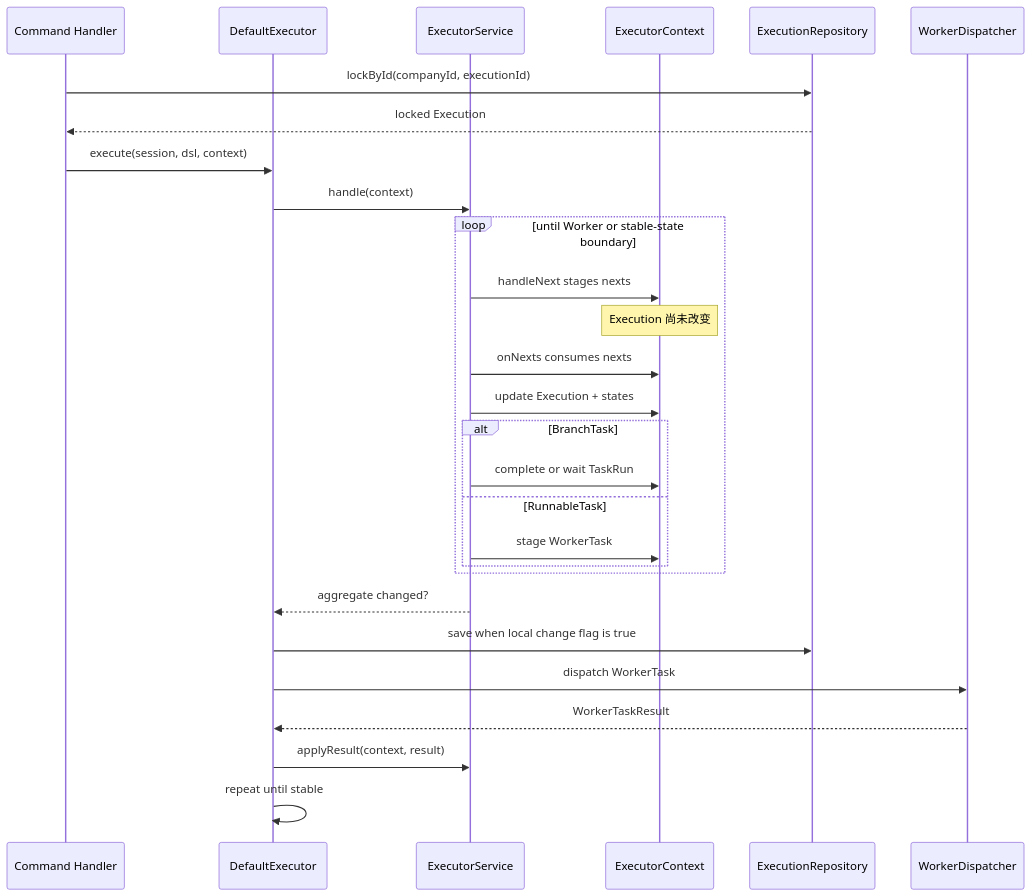
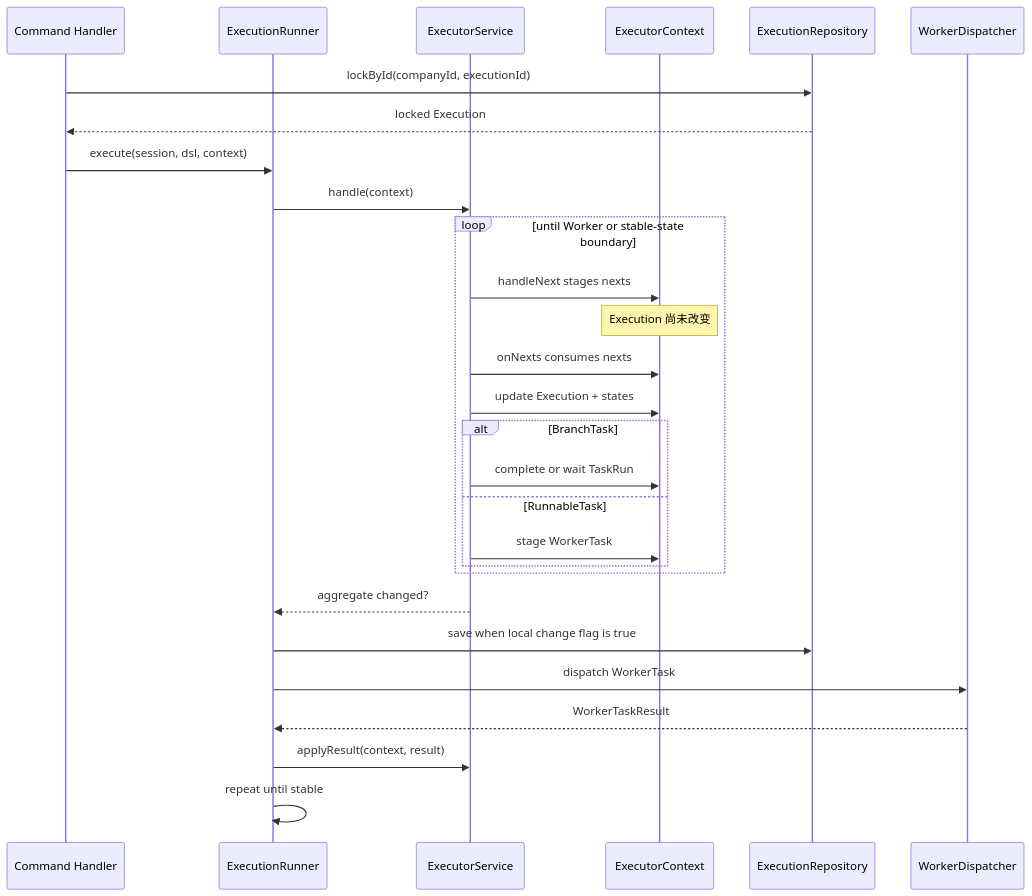
The diagram in docs/decisions/0020-stage-executor-cycle-effects.md (Eiddy5/flow), drawn with Mermaid before and after one commit. The commit also changed other lines of this file and 93 other files, not shown here.

````diff
--- a/docs/decisions/0020-stage-executor-cycle-effects.md
+++ b/docs/decisions/0020-stage-executor-cycle-effects.md
@@ -178,31 +181,31 @@
 ```mermaid
 sequenceDiagram
     participant H as Command Handler
-    participant D as DefaultExecutor
+    participant D as ExecutionRunner
     participant S as ExecutorService
     participant C as ExecutorContext
     participant R as ExecutionRepository
     participant W as WorkerDispatcher
 
     H->>R: lockById(companyId, executionId)
     R-->>H: locked Execution
     H->>D: execute(session, dsl, context)
     D->>S: handle(context)
     loop until Worker or stable-state boundary
         S->>C: handleNext stages nexts
         Note over C: Execution 尚未改变
         S->>C: onNexts consumes nexts
         S->>C: update Execution + states
         alt BranchTask
             S->>C: complete or wait TaskRun
         else RunnableTask
             S->>C: stage WorkerTask
         end
     end
     S-->>D: aggregate changed?
     D->>R: save when local change flag is true
     D->>W: dispatch WorkerTask
     W-->>D: WorkerTaskResult
     D->>S: applyResult(context, result)
     D->>D: repeat until stable
 ```
````
